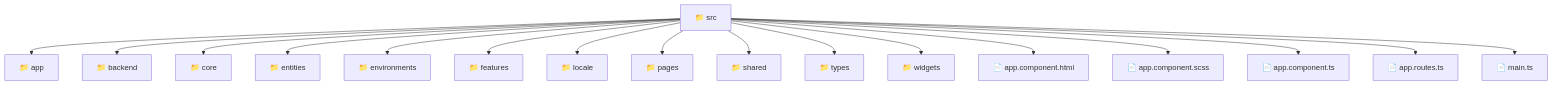
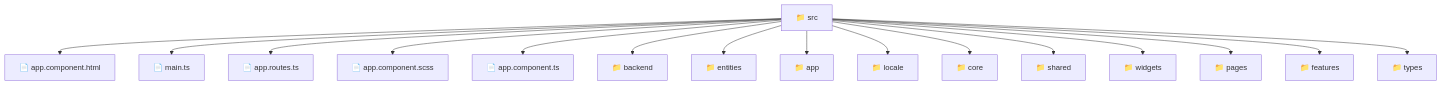
Before and after one commit to beginwebdev2002/fullstack-mavluda: the diagram in frontend/src/README.md, drawn with Mermaid. The commit also changed other lines of this file and 164 other files, not shown here.

First line of the commit message:
docs: generate robust autonomous architectural documentation

````diff
--- a/frontend/src/README.md
+++ b/frontend/src/README.md
@@ -9,20 +11,19 @@
 ```mermaid
 graph TD
-  Root["📁 src"]
-  Root --> app["📁 app"]
-  Root --> backend["📁 backend"]
-  Root --> core["📁 core"]
-  Root --> entities["📁 entities"]
-  Root --> environments["📁 environments"]
-  Root --> features["📁 features"]
-  Root --> locale["📁 locale"]
-  Root --> pages["📁 pages"]
-  Root --> shared["📁 shared"]
-  Root --> types["📁 types"]
-  Root --> widgets["📁 widgets"]
-  Root --> app_component_html["📄 app.component.html"]
-  Root --> app_component_scss["📄 app.component.scss"]
-  Root --> app_component_ts["📄 app.component.ts"]
-  Root --> app_routes_ts["📄 app.routes.ts"]
-  Root --> main_ts["📄 main.ts"]
+    f_src["📁 src"]
+    f_src --> f_app_component_html["📄 app.component.html"]
+    f_src --> f_main_ts["📄 main.ts"]
+    f_src --> f_app_routes_ts["📄 app.routes.ts"]
+    f_src --> f_app_component_scss["📄 app.component.scss"]
+    f_src --> f_app_component_ts["📄 app.component.ts"]
+    f_src --> f_backend["📁 backend"]
+    f_src --> f_entities["📁 entities"]
+    f_src --> f_app["📁 app"]
+    f_src --> f_locale["📁 locale"]
+    f_src --> f_core["📁 core"]
+    f_src --> f_shared["📁 shared"]
+    f_src --> f_widgets["📁 widgets"]
+    f_src --> f_pages["📁 pages"]
+    f_src --> f_features["📁 features"]
+    f_src --> f_types["📁 types"]
 ```
````
